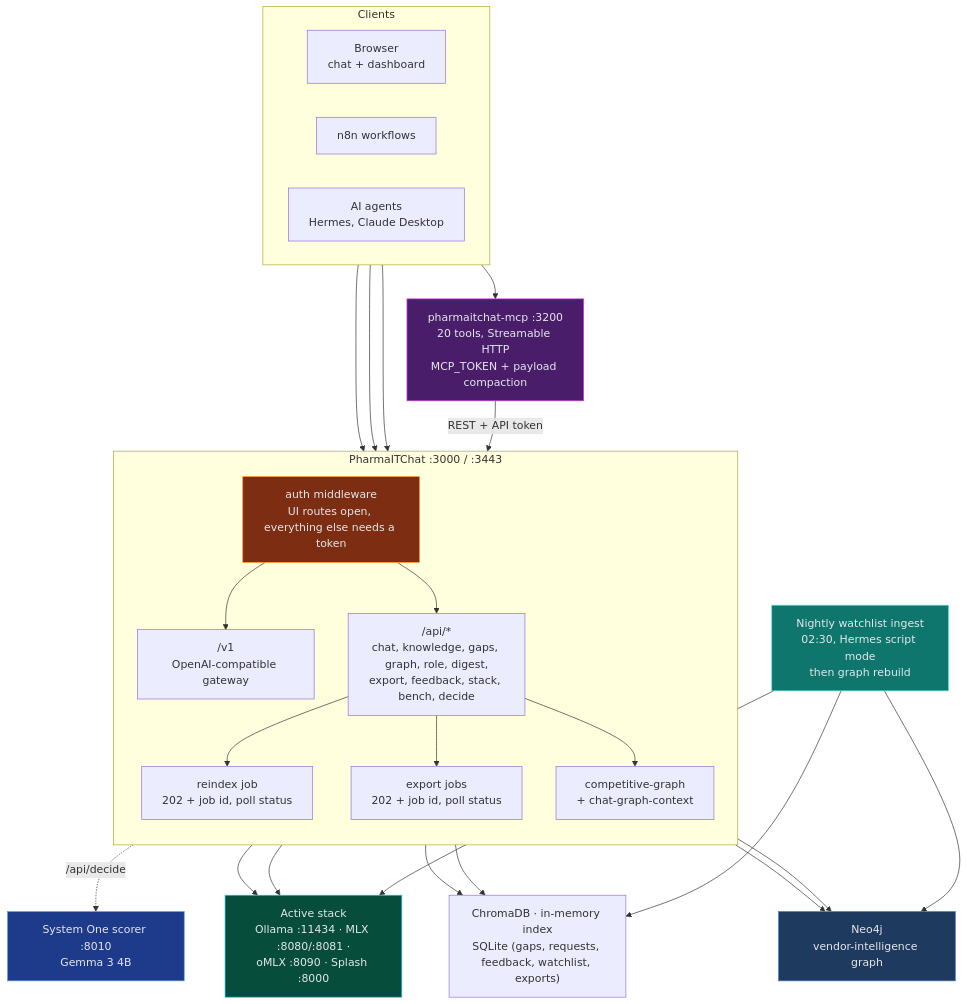
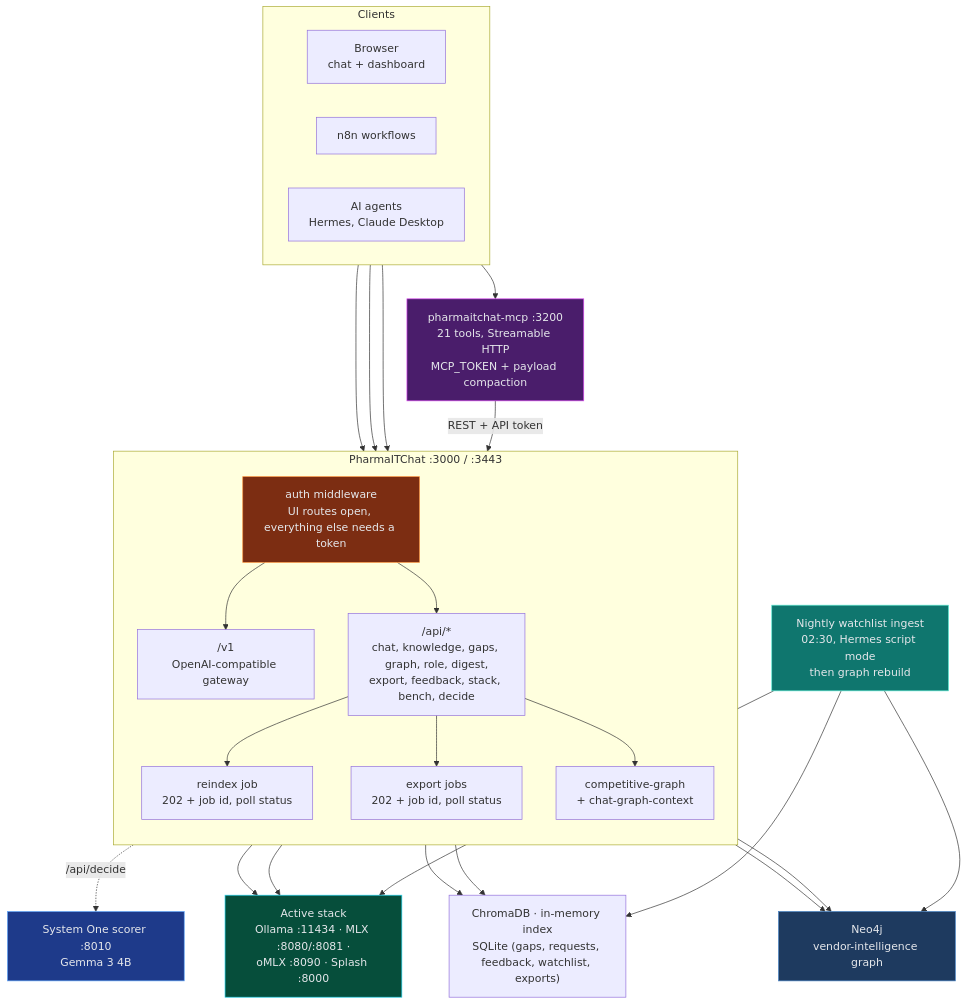
One commit to sebdallais-git/PharmaIT_Chat_and_Digest changed diagram 27 of 27 in README.md. Above: the diagram before and after it, drawn with Mermaid. The commit also changed other lines of this file and 37 other files, not shown here.

````diff
--- a/README.md
+++ b/README.md
@@ -2017,55 +2052,55 @@
 ```mermaid
 flowchart TB
     subgraph CL["Clients"]
         direction LR
         B["Browser<br/>chat + dashboard"]
         N["n8n workflows"]
         AG["AI agents<br/>Hermes, Claude Desktop"]
     end
 
-    MCP["pharmaitchat-mcp :3200<br/>20 tools, Streamable HTTP<br/>MCP_TOKEN + payload compaction"]
+    MCP["pharmaitchat-mcp :3200<br/>21 tools, Streamable HTTP<br/>MCP_TOKEN + payload compaction"]
 
     subgraph APP["PharmaITChat :3000 / :3443"]
         direction TB
         AUTH["auth middleware<br/>UI routes open, everything else needs a token"]
         V1["/v1<br/>OpenAI-compatible gateway"]
         API["/api/*<br/>chat, knowledge, gaps, graph, role, digest,<br/>export, feedback, stack, bench, decide"]
         RJ["reindex job<br/>202 + job id, poll status"]
         EJ["export jobs<br/>202 + job id, poll status"]
         CG["competitive-graph<br/>+ chat-graph-context"]
     end
 
     CRON["Nightly watchlist ingest<br/>02:30, Hermes script mode<br/>then graph rebuild"]
     STACK["Active stack<br/>Ollama :11434 · MLX :8080/:8081 ·<br/>oMLX :8090 · Splash :8000"]
     JEV["System One scorer :8010<br/>Gemma 3 4B"]
     DATA["ChromaDB · in-memory index<br/>SQLite (gaps, requests, feedback, watchlist, exports)"]
     NEO["Neo4j<br/>vendor-intelligence graph"]
 
     B --> AUTH
     N --> AUTH
     AG --> MCP
     AG --> AUTH
     MCP -- "REST + API token" --> AUTH
     AUTH --> V1
     AUTH --> API
     API --> RJ
     API --> EJ
     API --> CG
     V1 --> STACK
     API --> STACK
     API -. "/api/decide" .-> JEV
     API --> DATA
     RJ --> DATA
     EJ --> NEO
     CG --> NEO
     CRON --> STACK
     CRON --> DATA
     CRON --> NEO
 
     style AUTH fill:#7c2d12,stroke:#fb923c,color:#e5e7eb
     style MCP fill:#4a1d6b,stroke:#d946ef,color:#e5e7eb
     style STACK fill:#064e3b,stroke:#22d3ee,color:#e5e7eb
     style CRON fill:#0f766e,stroke:#5eead4,color:#e5e7eb
     style JEV fill:#1e3a8a,stroke:#60a5fa,color:#e5e7eb
     style NEO fill:#1e3a5f,stroke:#4581C3,color:#e5e7eb
 ```
````
